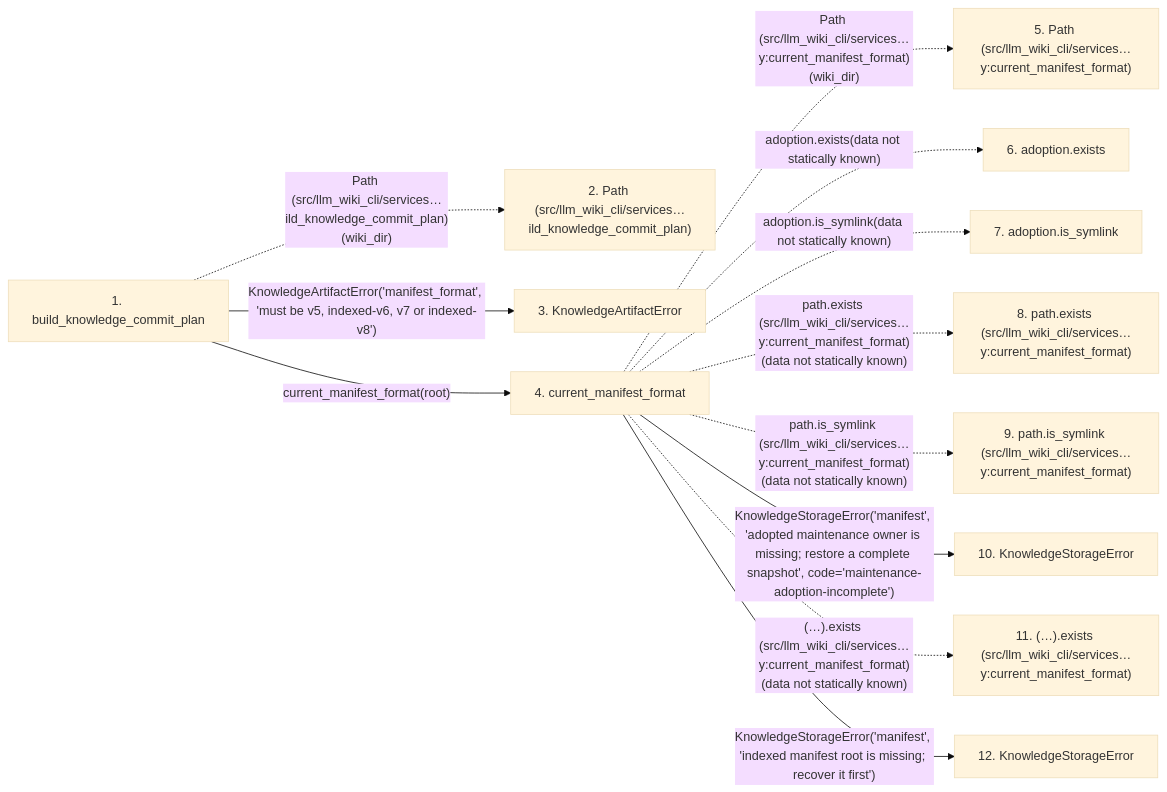
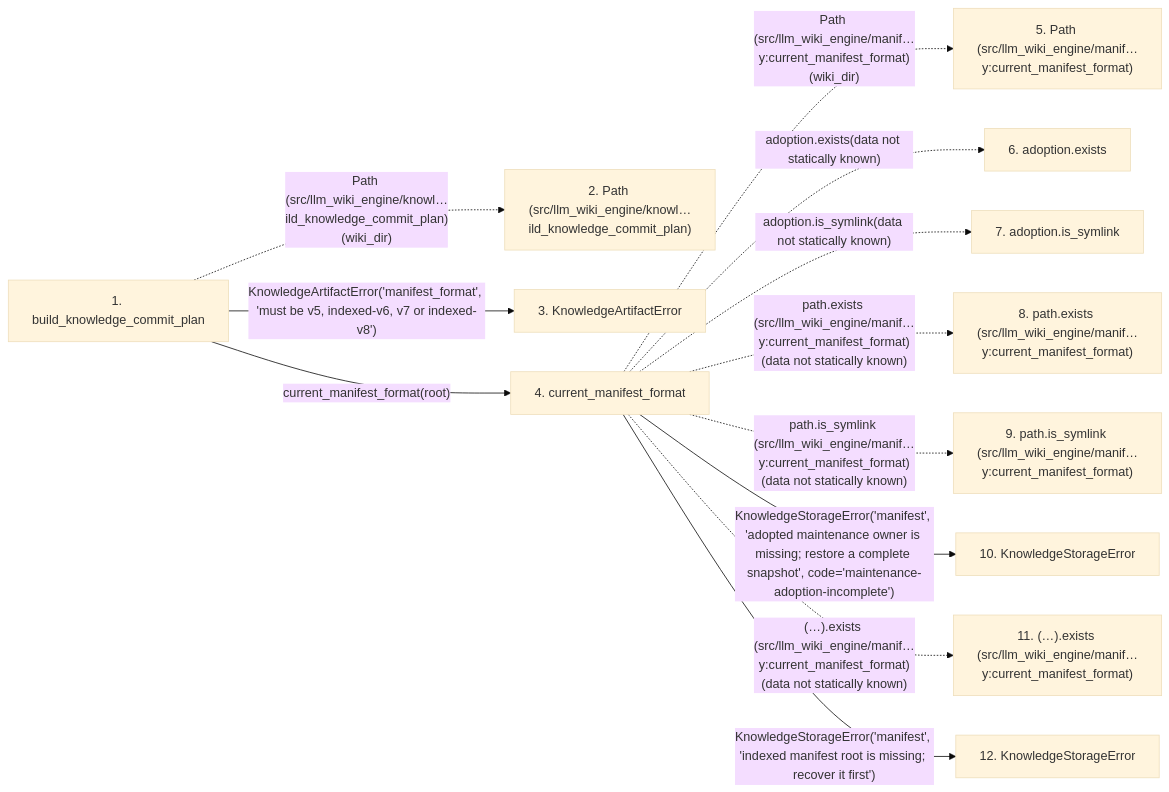
Before and after one commit to Denissvgn/python-wiki-llm: the second of 2 diagrams in docs/llm_wiki/flows/api-build_knowledge_commit_plan.md, drawn with Mermaid (base theme). The commit also changed other lines of this file and 1058 other files, not shown here.

First line of the commit message:
docs: refresh the wiki for the knowledge store move

````diff
--- a/docs/llm_wiki/flows/api-build_knowledge_commit_plan.md
+++ b/docs/llm_wiki/flows/api-build_knowledge_commit_plan.md
@@ -169,31 +166,31 @@
 ```mermaid
 flowchart LR
     s1["1. build_knowledge_commit_plan"]
-    s2["2. Path (src/llm_wiki_cli/services…ild_knowledge_commit_plan)"]
+    s2["2. Path (src/llm_wiki_engine/knowl…ild_knowledge_commit_plan)"]
     s3["3. KnowledgeArtifactError"]
     s4["4. current_manifest_format"]
-    s5["5. Path (src/llm_wiki_cli/services…y:current_manifest_format)"]
+    s5["5. Path (src/llm_wiki_engine/manif…y:current_manifest_format)"]
     s6["6. adoption.exists"]
     s7["7. adoption.is_symlink"]
-    s8["8. path.exists (src/llm_wiki_cli/services…y:current_manifest_format)"]
-    s9["9. path.is_symlink (src/llm_wiki_cli/services…y:current_manifest_format)"]
+    s8["8. path.exists (src/llm_wiki_engine/manif…y:current_manifest_format)"]
+    s9["9. path.is_symlink (src/llm_wiki_engine/manif…y:current_manifest_format)"]
     s10["10. KnowledgeStorageError"]
-    s11["11. (…).exists (src/llm_wiki_cli/services…y:current_manifest_format)"]
+    s11["11. (…).exists (src/llm_wiki_engine/manif…y:current_manifest_format)"]
     s12["12. KnowledgeStorageError"]
-    s1 -. "Path (src/llm_wiki_cli/services…ild_knowledge_commit_plan)(wiki_dir)" .-> s2
+    s1 -. "Path (src/llm_wiki_engine/knowl…ild_knowledge_commit_plan)(wiki_dir)" .-> s2
     s1 -->|"KnowledgeArtifactError('manifest_format', 'must be v5, indexed-v6, v7 or indexed-v8')"| s3
     s1 -->|"current_manifest_format(root)"| s4
-    s4 -. "Path (src/llm_wiki_cli/services…y:current_manifest_format)(wiki_dir)" .-> s5
+    s4 -. "Path (src/llm_wiki_engine/manif…y:current_manifest_format)(wiki_dir)" .-> s5
     s4 -. "adoption.exists(data not statically known)" .-> s6
     s4 -. "adoption.is_symlink(data not statically known)" .-> s7
-    s4 -. "path.exists (src/llm_wiki_cli/services…y:current_manifest_format)(data not statically known)" .-> s8
-    s4 -. "path.is_symlink (src/llm_wiki_cli/services…y:current_manifest_format)(data not statically known)" .-> s9
+    s4 -. "path.exists (src/llm_wiki_engine/manif…y:current_manifest_format)(data not statically known)" .-> s8
+    s4 -. "path.is_symlink (src/llm_wiki_engine/manif…y:current_manifest_format)(data not statically known)" .-> s9
     s4 -->|"KnowledgeStorageError('manifest', 'adopted maintenance owner is missing; restore a complete snapshot', code='maintenance-adoption-incomplete')"| s10
-    s4 -. "(…).exists (src/llm_wiki_cli/services…y:current_manifest_format)(data not statically known)" .-> s11
+    s4 -. "(…).exists (src/llm_wiki_engine/manif…y:current_manifest_format)(data not statically known)" .-> s11
     s4 -->|"KnowledgeStorageError('manifest', 'indexed manifest root is missing; recover it first')"| s12
     click s1 "../modules/knowledge_artifacts.md"
     click s3 "../modules/knowledge_artifacts.md"
     click s4 "../modules/manifest_storage.md"
     click s10 "../modules/knowledge_storage.md"
     click s12 "../modules/knowledge_storage.md"
 ```
````
